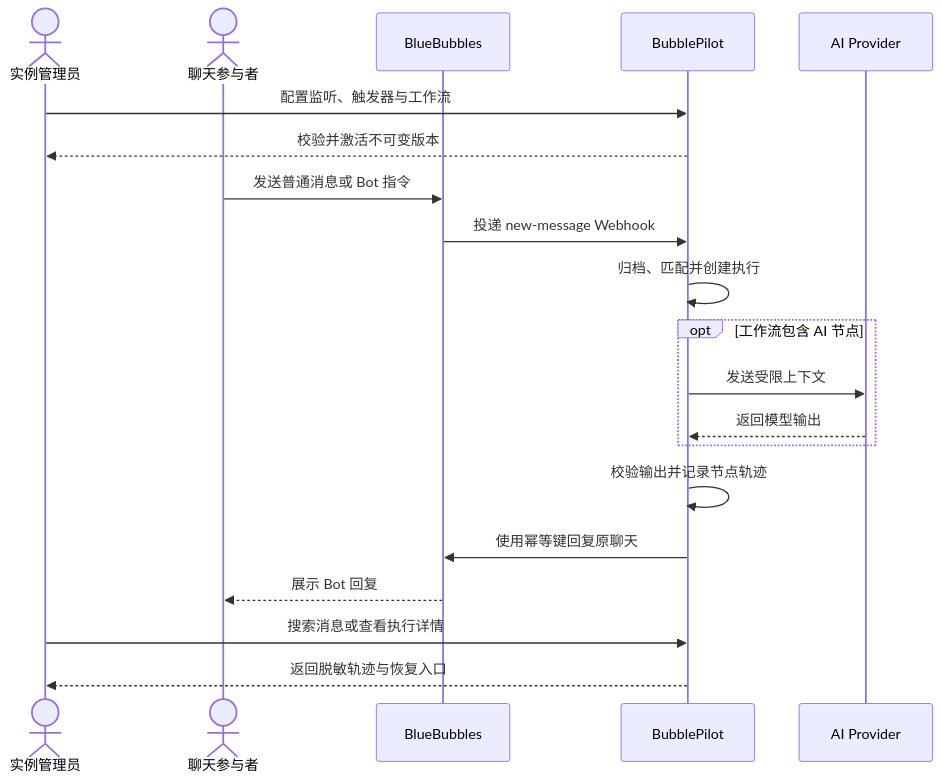
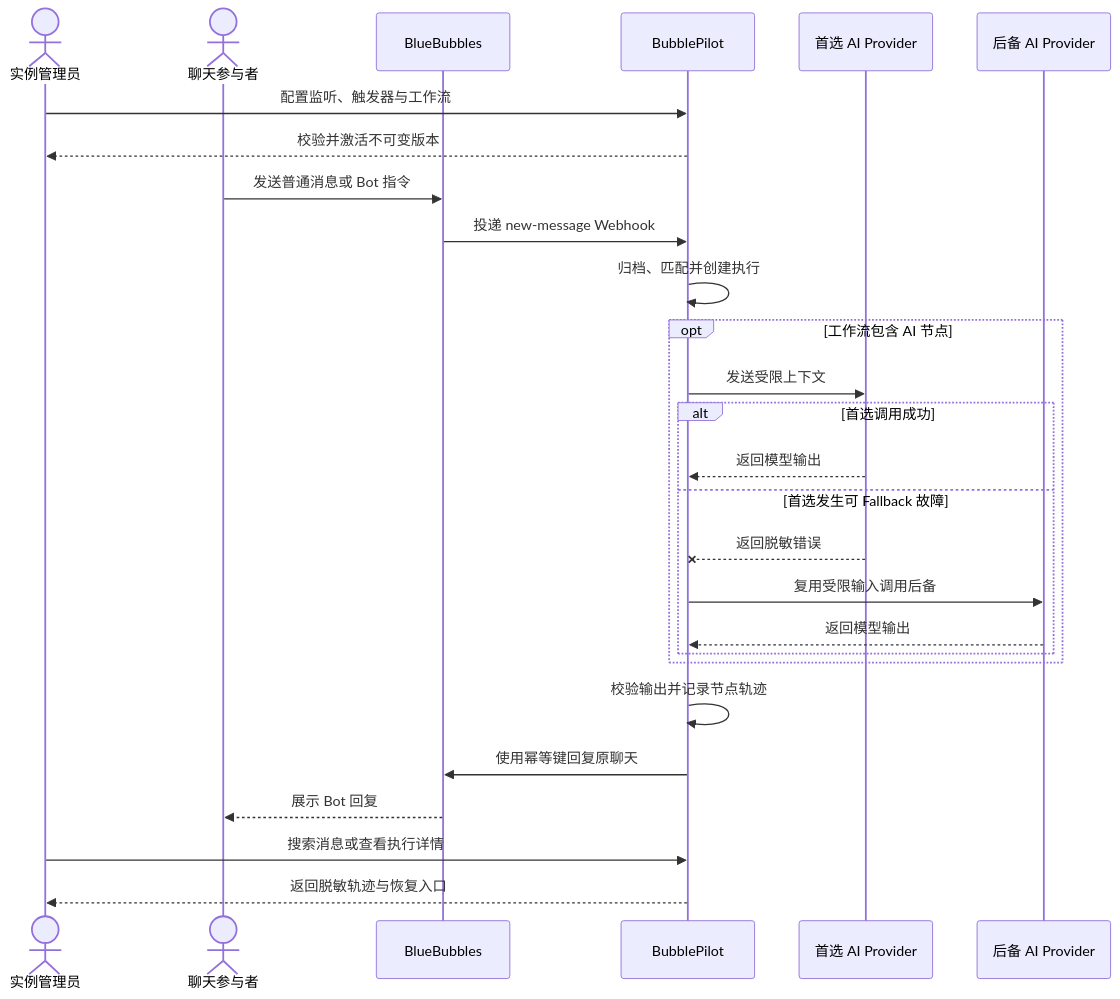
One commit to shigella520/BubblePilot changed the diagram in doc/典型用户交互故事.md. Above: the diagram before and after it, drawn with Mermaid. The commit also changed other lines of this file and 10 other files, not shown here.

````diff
--- a/doc/典型用户交互故事.md
+++ b/doc/典型用户交互故事.md
@@ -30,23 +30,30 @@
 ```mermaid
 sequenceDiagram
     actor Admin as 实例管理员
     actor User as 聊天参与者
     participant BB as BlueBubbles
     participant BP as BubblePilot
-    participant AI as AI Provider
+    participant AI1 as 首选 AI Provider
+    participant AI2 as 后备 AI Provider
 
     Admin->>BP: 配置监听、触发器与工作流
     BP-->>Admin: 校验并激活不可变版本
     User->>BB: 发送普通消息或 Bot 指令
     BB->>BP: 投递 new-message Webhook
     BP->>BP: 归档、匹配并创建执行
     opt 工作流包含 AI 节点
-        BP->>AI: 发送受限上下文
-        AI-->>BP: 返回模型输出
+        BP->>AI1: 发送受限上下文
+        alt 首选调用成功
+            AI1-->>BP: 返回模型输出
+        else 首选发生可 Fallback 故障
+            AI1--xBP: 返回脱敏错误
+            BP->>AI2: 复用受限输入调用后备
+            AI2-->>BP: 返回模型输出
+        end
     end
     BP->>BP: 校验输出并记录节点轨迹
     BP->>BB: 使用幂等键回复原聊天
     BB-->>User: 展示 Bot 回复
     Admin->>BP: 搜索消息或查看执行详情
     BP-->>Admin: 返回脱敏轨迹与恢复入口
 ```
````
